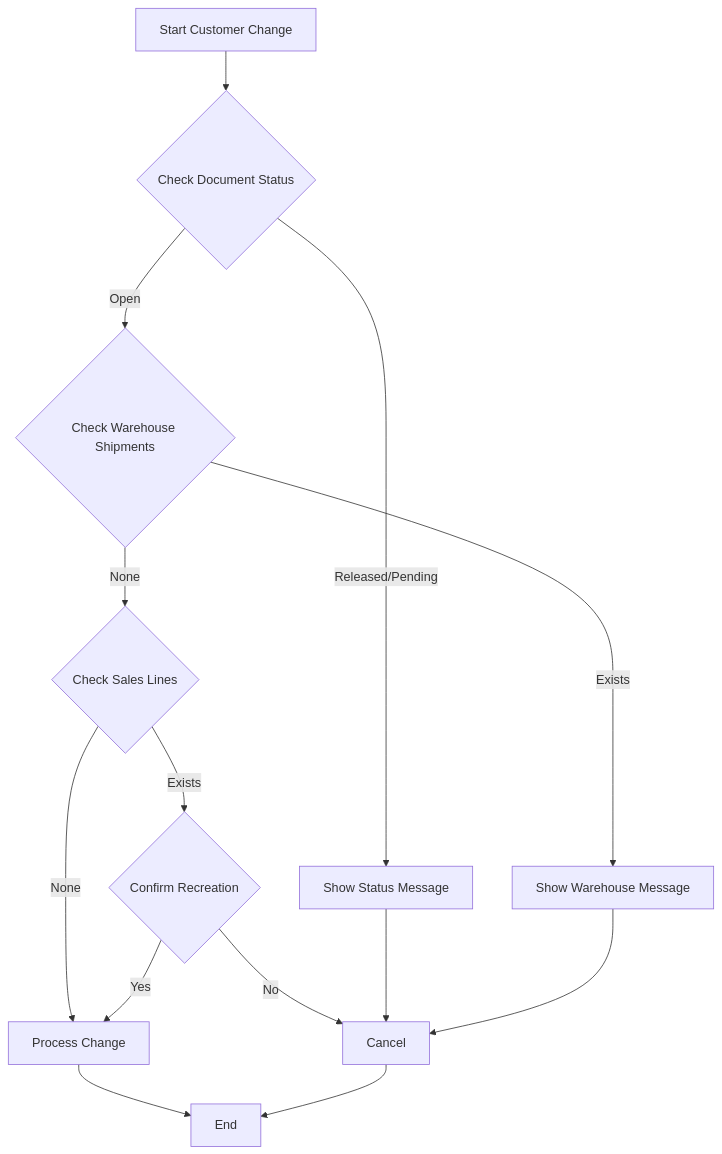
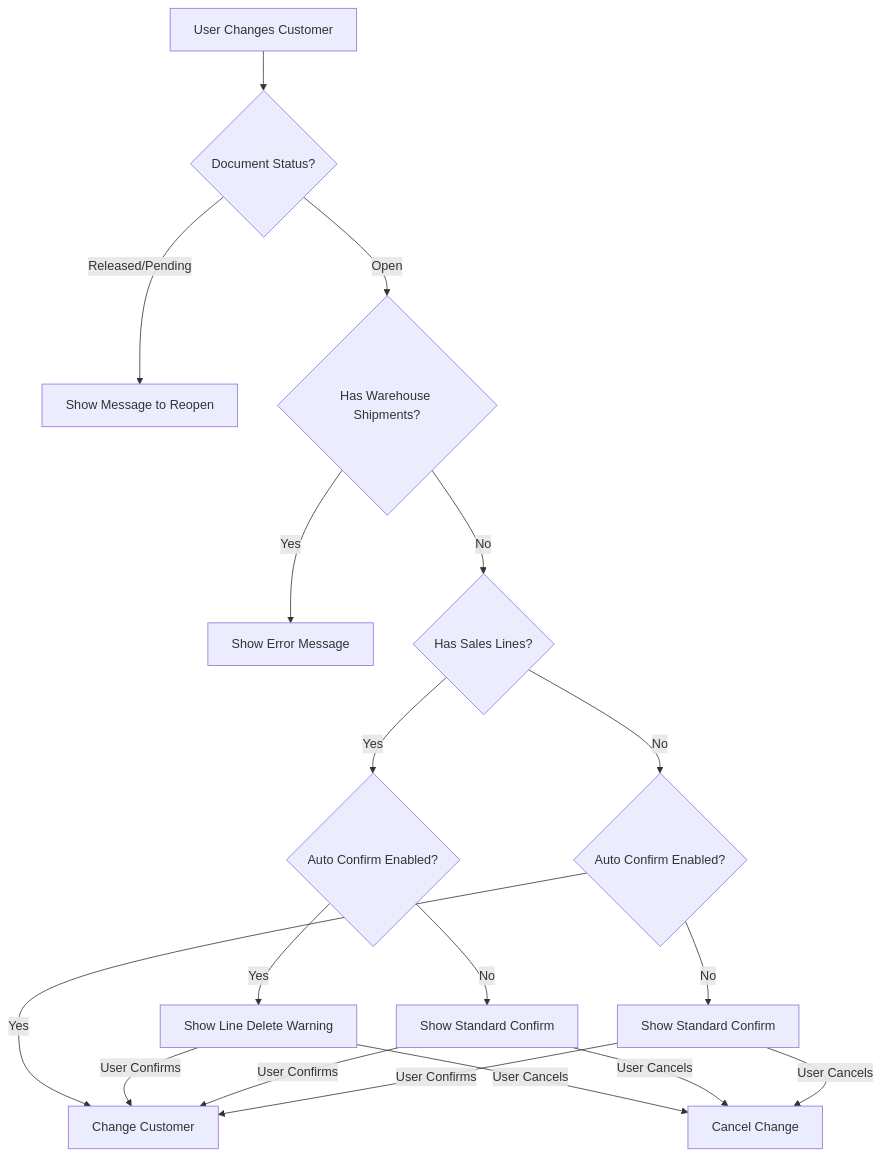
The diagram in README.md (Goldenvikingsunset/buy-from-pay-to-message), drawn with Mermaid before and after one commit. The commit also changed other lines of this file, not shown here.

````diff
--- a/README.md
+++ b/README.md
@@ -19,16 +7,20 @@
 ```mermaid
 flowchart TD
-    A[Start Customer Change] --> B{Check Document Status}
-    B -->|Released/Pending| C[Show Status Message]
-    B -->|Open| D{Check Warehouse Shipments}
-    D -->|Exists| E[Show Warehouse Message]
-    D -->|None| F{Check Sales Lines}
-    F -->|Exists| G{Confirm Recreation}
-    F -->|None| H[Process Change]
-    G -->|Yes| H
-    G -->|No| I[Cancel]
-    C --> I
-    E --> I
-    H --> J[End]
-    I --> J
+    A[User Changes Customer] --> B{Document Status?}
+    B -->|Released/Pending| C[Show Message to Reopen]
+    B -->|Open| D{Has Warehouse Shipments?}
+    D -->|Yes| E[Show Error Message]
+    D -->|No| F{Has Sales Lines?}
+    F -->|Yes| G{Auto Confirm Enabled?}
+    F -->|No| H{Auto Confirm Enabled?}
+    G -->|Yes| I[Show Line Delete Warning]
+    G -->|No| J[Show Standard Confirm]
+    H -->|Yes| K[Change Customer]
+    H -->|No| L[Show Standard Confirm]
+    I -->|User Confirms| K
+    I -->|User Cancels| M[Cancel Change]
+    J -->|User Confirms| K
+    J -->|User Cancels| M
+    L -->|User Confirms| K
+    L -->|User Cancels| M
 ```
````
